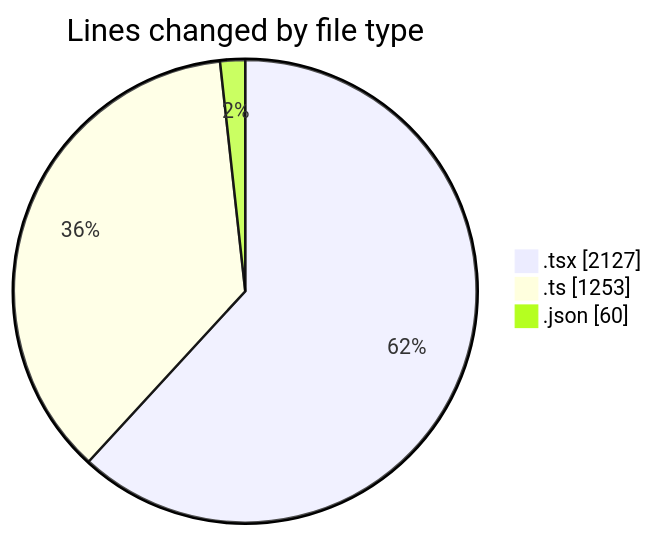
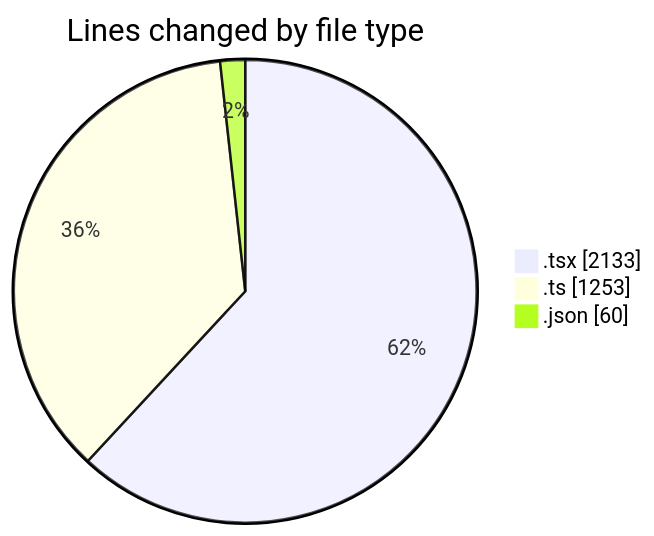
The first of 2 diagrams in 2026-04-20/airfeed-analytics-dashboard/README.md (nxtqubesakshisongat/code-tracking), drawn with Mermaid before and after one commit. The commit also changed other lines of this file and 1 other file, not shown here.

````diff
--- a/2026-04-20/airfeed-analytics-dashboard/README.md
+++ b/2026-04-20/airfeed-analytics-dashboard/README.md
@@ -35,7 +35,7 @@
 ```mermaid
 pie showData
 title Lines changed by file type
-".tsx" : 2127
+".tsx" : 2133
 ".ts" : 1253
 ".json" : 60
 ```
````
